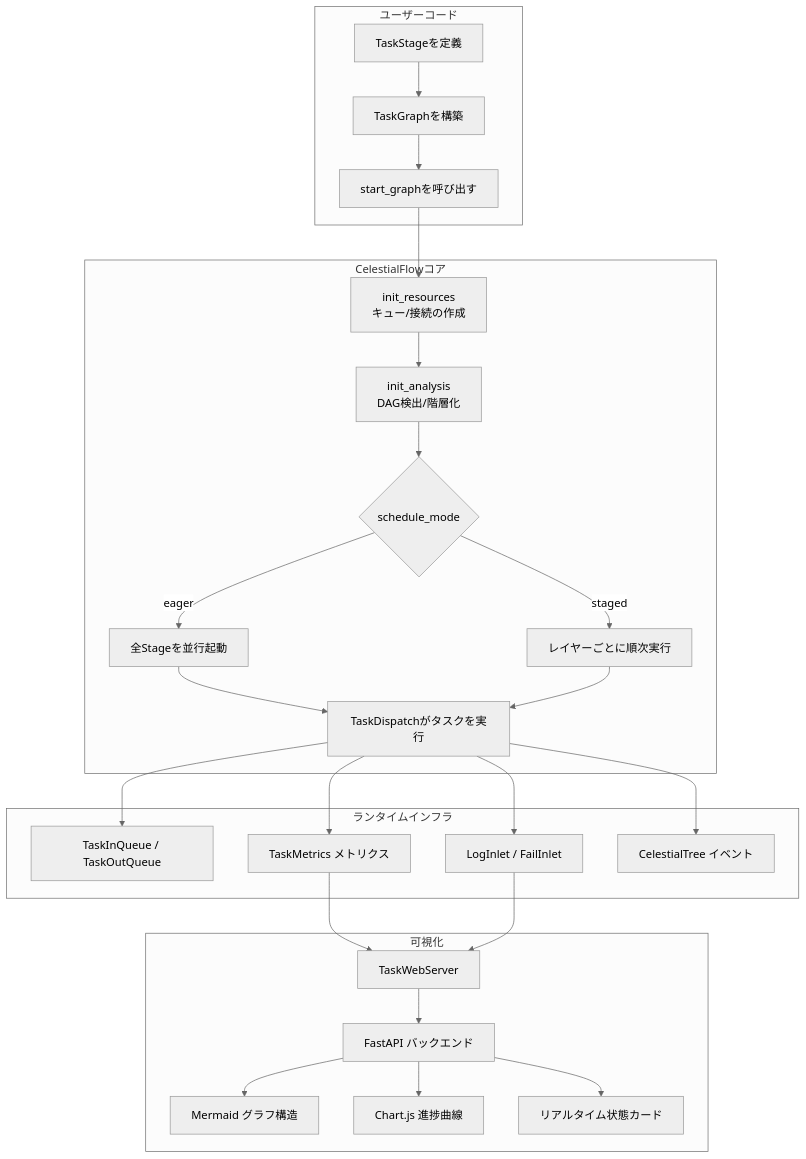
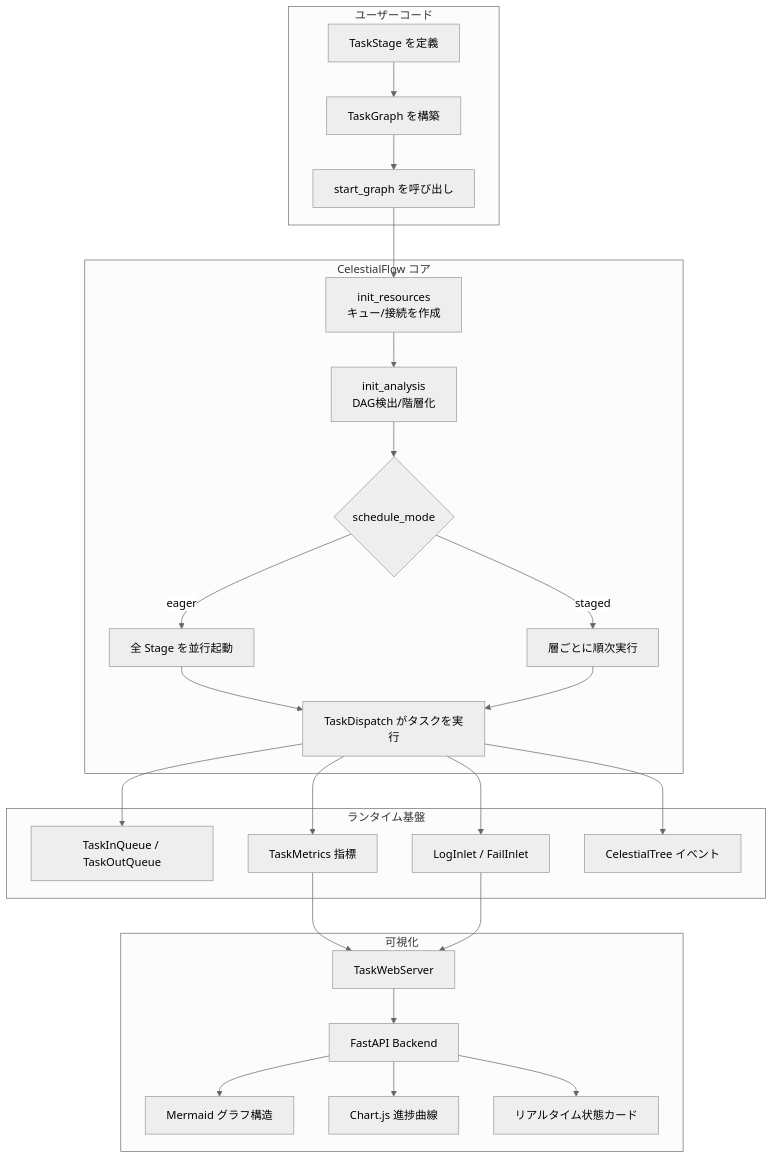
The first of 9 diagrams in docs/ja/presentation.md (Mr-xiaotian/CelestialFlow), drawn with Mermaid (neutral theme) before and after one commit. The commit also changed other lines of this file and 278 other files, not shown here.

````diff
--- a/docs/ja/presentation.md
+++ b/docs/ja/presentation.md
@@ -76,34 +76,34 @@
 ```mermaid
 graph TB
     subgraph ユーザーコード
-        A[TaskStageを定義] --> B[TaskGraphを構築]
-        B --> C[start_graphを呼び出す]
+        A[TaskStage を定義] --> B[TaskGraph を構築]
+        B --> C[start_graph を呼び出し]
     end
 
-    subgraph CelestialFlowコア
-        C --> D[init_resources<br/>キュー/接続の作成]
+    subgraph CelestialFlow コア
+        C --> D[init_resources<br/>キュー/接続を作成]
         D --> E[init_analysis<br/>DAG検出/階層化]
         E --> F{schedule_mode}
-        F -->|eager| G[全Stageを並行起動]
-        F -->|staged| H[レイヤーごとに順次実行]
-        G --> I[TaskDispatchがタスクを実行]
+        F -->|eager| G[全 Stage を並行起動]
+        F -->|staged| H[層ごとに順次実行]
+        G --> I[TaskDispatch がタスクを実行]
         H --> I
     end
 
-    subgraph ランタイムインフラ
+    subgraph ランタイム基盤
         I --> J[TaskInQueue / TaskOutQueue]
-        I --> K[TaskMetrics メトリクス]
+        I --> K[TaskMetrics 指標]
         I --> L[LogInlet / FailInlet]
         I --> M[CelestialTree イベント]
     end
 
     subgraph 可視化
-        N[TaskWebServer] --> O[FastAPI バックエンド]
+        N[TaskWebServer] --> O[FastAPI Backend]
         O --> P[Mermaid グラフ構造]
         O --> Q[Chart.js 進捗曲線]
         O --> R[リアルタイム状態カード]
     end
 
     K --> N
     L --> N
 ```
````
